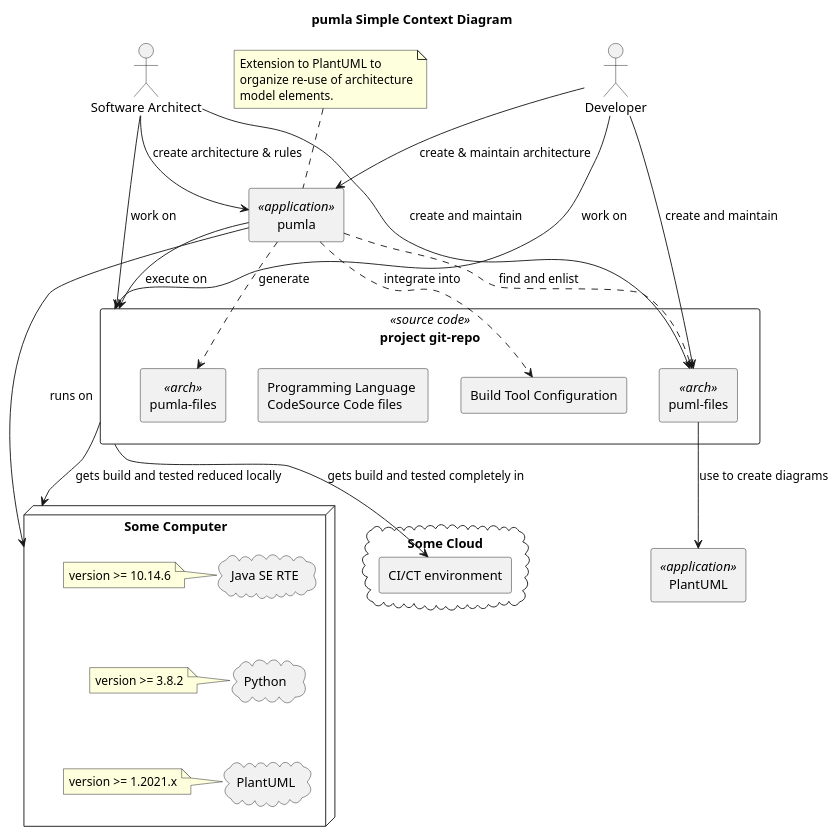
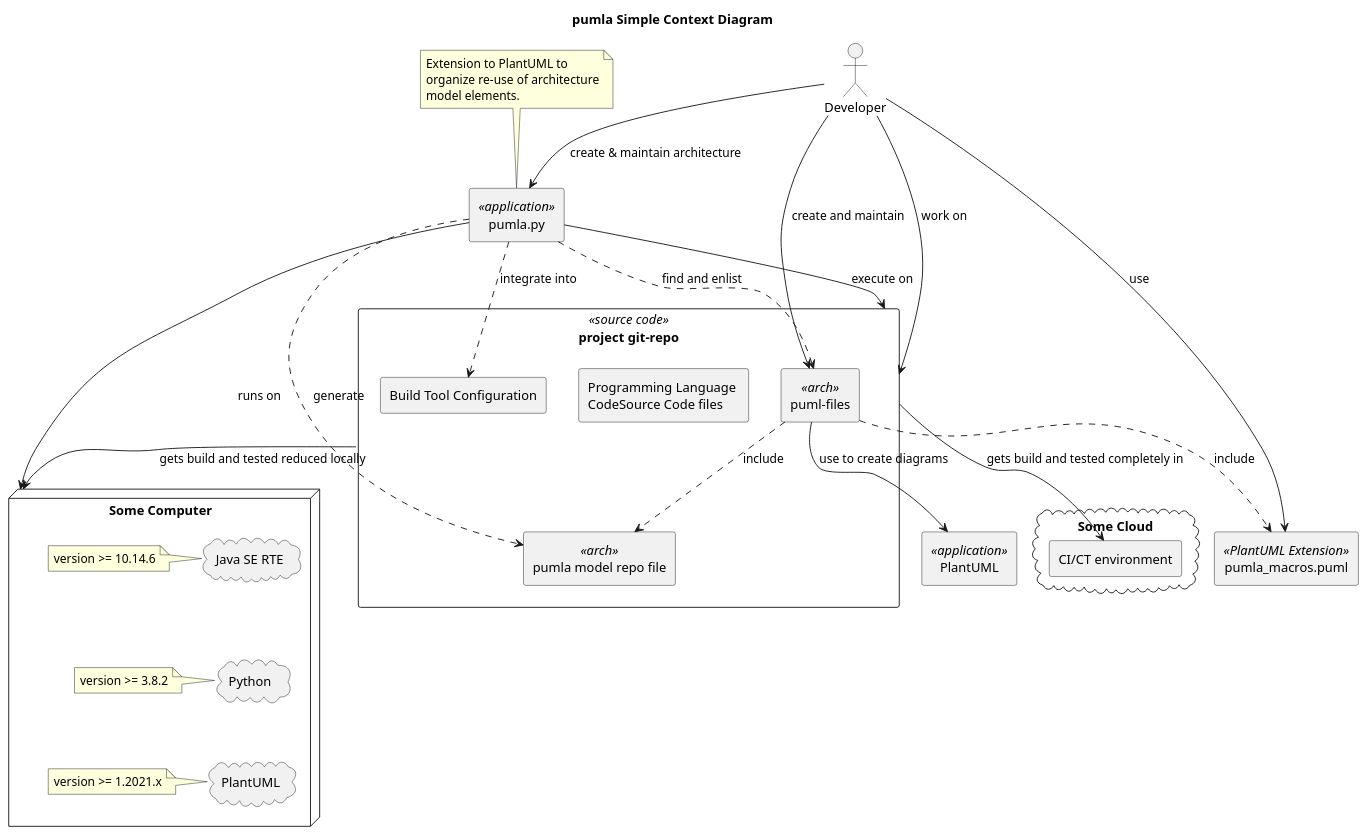
Before and after one commit to DrMarkusVoss/pumla: the diagram in arch/01_context/pumla_context.puml, drawn with PlantUML. The commit also changed 4 other files, not shown here.

Commit message:
changed default repo name for update command. updated arch/context diagram.

```diff
--- a/arch/01_context/pumla_context.puml
+++ b/arch/01_context/pumla_context.puml
@@ -1,76 +1,78 @@
 @startuml
 
 skinparam componentStyle uml2
 
 title pumla Simple Context Diagram
 
 
-:Software Architect: as swac
 :Developer: as dev
 
 
-rectangle "pumla" <<application>> as pumla {
+rectangle "pumla.py" <<application>> as pumla {
+}
 
+rectangle "pumla_macros.puml" <<PlantUML Extension>> as pmac {
 }
 
 rectangle "PlantUML" <<application>> as plantuml {
 }
 
 rectangle "project git-repo" <<source code>> as pgr {
 rectangle "puml-files" <<arch>>  as pumlf {
 }
-rectangle "pumla-files" <<arch>> as pumlaf {
+rectangle "pumla model repo file" <<arch>> as pumlamr {
 }
+
 rectangle "Programming Language \nCodeSource Code files" {
 }
 rectangle "Build Tool Configuration" as btc {
 }
 }
 
 note top of pumla
     Extension to PlantUML to
     organize re-use of architecture
     model elements.
 end note
 
 
 node "Some Computer" as sco {
 cloud "Java SE RTE" as Java {
 }
  note left of Java : version >= 10.14.6
 
 cloud Python {
  }
  note left of Python: version >= 3.8.2
 
 cloud PlantUML as puml {
 
  }
  note left of puml: version >= 1.2021.x
 
 }
 
 cloud "Some Cloud" as cloud {
  rectangle "CI/CT environment" as cict {
  }
 }
 
 Java -[hidden]-> Python
 Python -[hidden]-> puml
 
 pumla -down-> sco: runs on
 
-swac-->pumla: create architecture & rules
 dev-->pumla: create & maintain architecture
-swac-->pgr: work on
 dev-->pgr: work on
 pumla --> pgr: execute on
 pumla ..> btc: integrate into
-pumla ..> pumlaf: generate
+pumla ..> pumlamr: generate
 pumla ..> pumlf: find and enlist
+pumlf ..> pumlamr: include
+pumlf ..> pmac : include
+dev --> pmac : use
 dev --> pumlf : create and maintain
-swac --> pumlf: create and maintain
 pgr --> cict : gets build and tested completely in
 pgr --> sco : gets build and tested reduced locally
 pumlf --> plantuml: use to create diagrams
 @enduml
```
